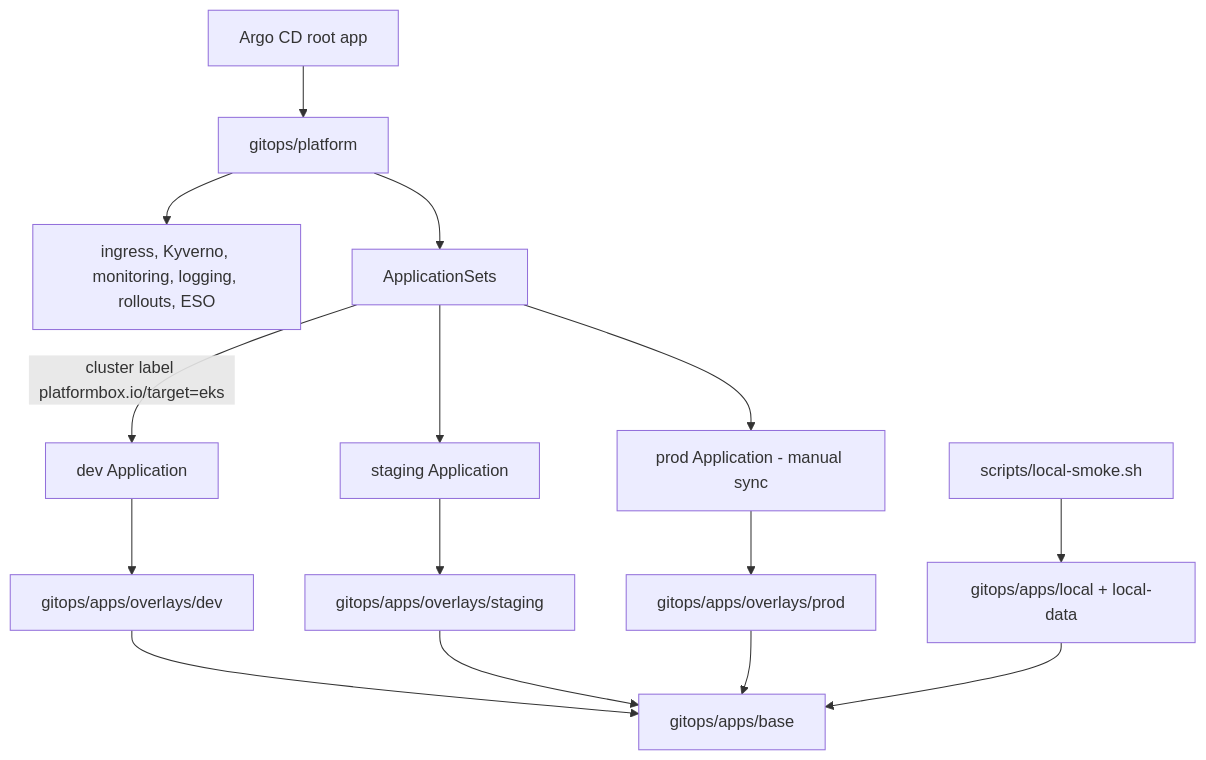
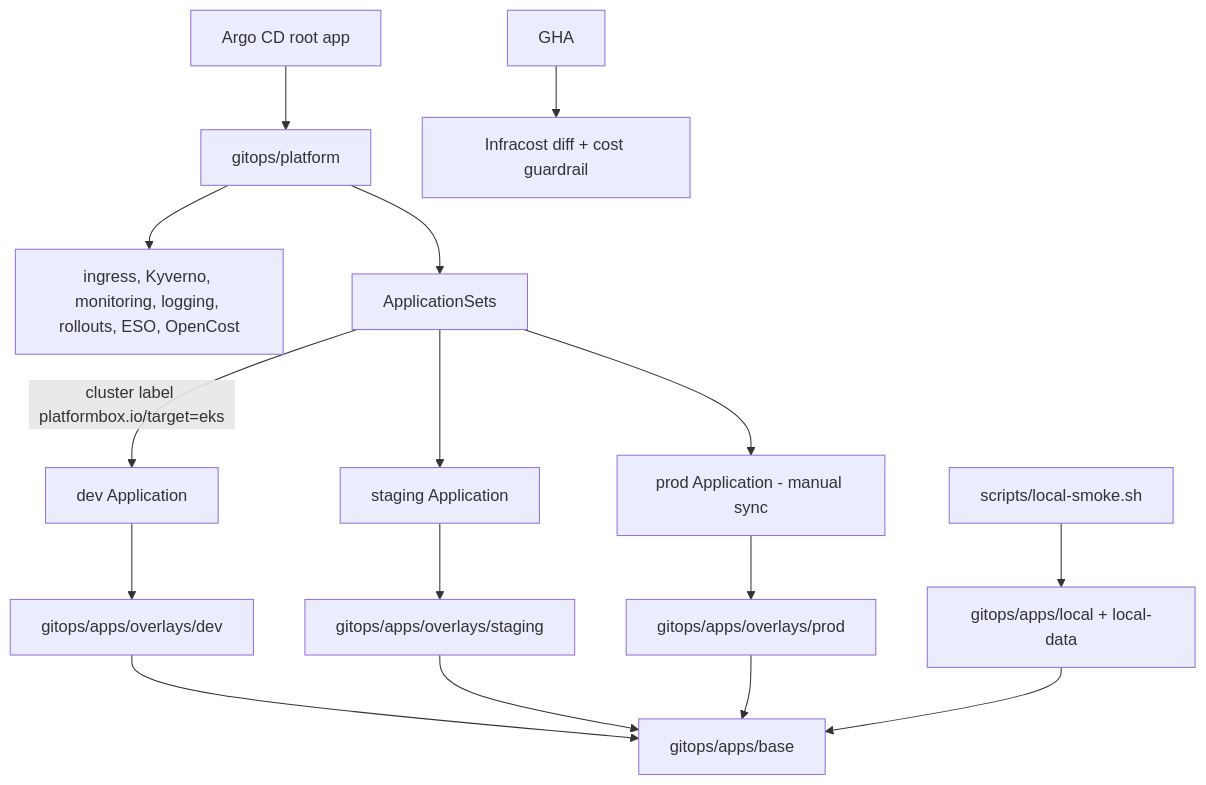
One commit to akashhh15/platformbox changed the diagram in docs/architecture.md. Above: the diagram before and after it, drawn with Mermaid. The commit also changed other lines of this file and 11 other files, not shown here.

````diff
--- a/docs/architecture.md
+++ b/docs/architecture.md
@@ -19,17 +20,18 @@
 ```mermaid
 flowchart TD
   ROOT[Argo CD root app] --> PLAT[gitops/platform]
-  PLAT --> CORE[ingress, Kyverno, monitoring, logging, rollouts, ESO]
+  PLAT --> CORE[ingress, Kyverno, monitoring, logging, rollouts, ESO, OpenCost]
   PLAT --> SETS[ApplicationSets]
+  GHA --> COST[Infracost diff + cost guardrail]
   SETS -->|cluster label platformbox.io/target=eks| DEV[dev Application]
   SETS --> STG[staging Application]
   SETS --> PROD[prod Application - manual sync]
   DEV --> DOV[gitops/apps/overlays/dev]
   STG --> DOS[gitops/apps/overlays/staging]
   PROD --> DOP[gitops/apps/overlays/prod]
   DOV --> BASE[gitops/apps/base]
   DOS --> BASE
   DOP --> BASE
   LOCAL[scripts/local-smoke.sh] --> LOC[gitops/apps/local + local-data]
   LOC --> BASE
 ```
````
